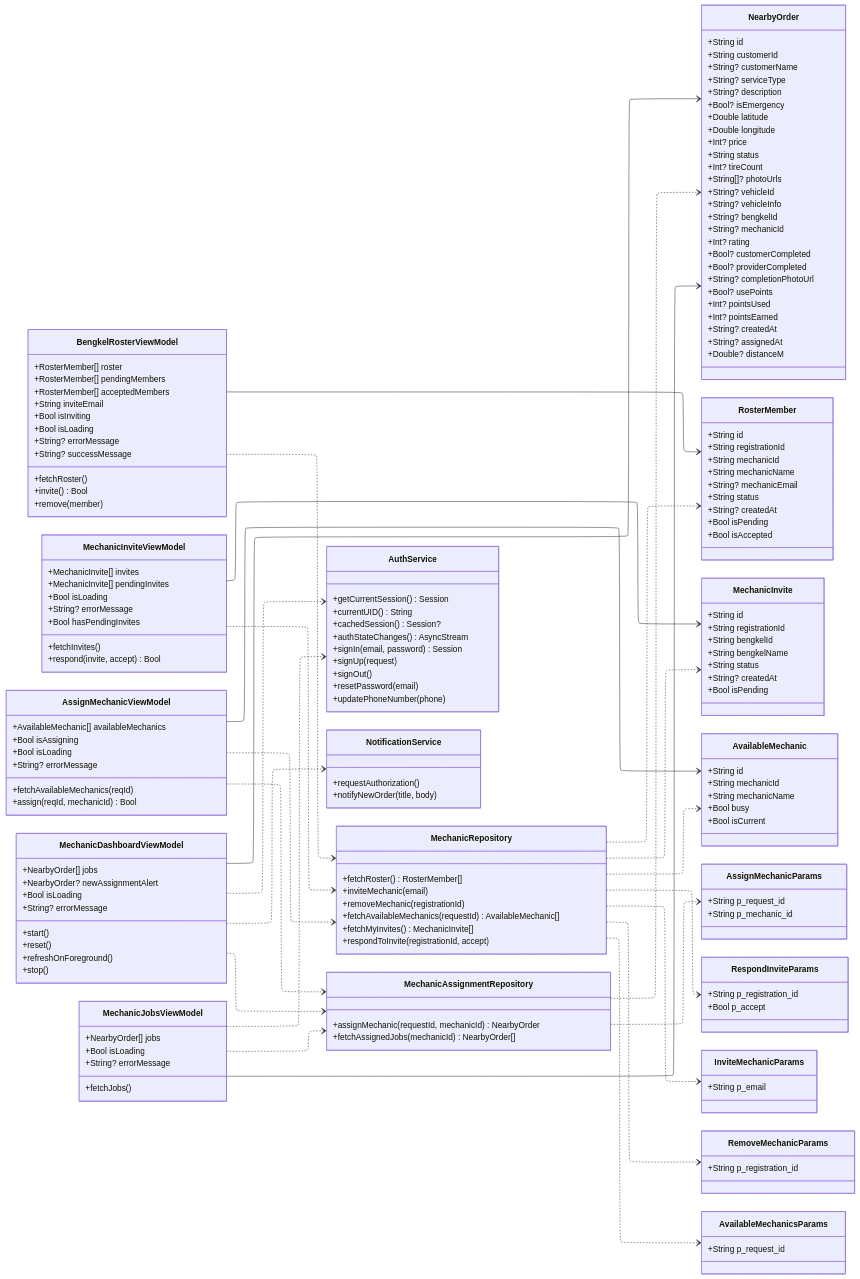
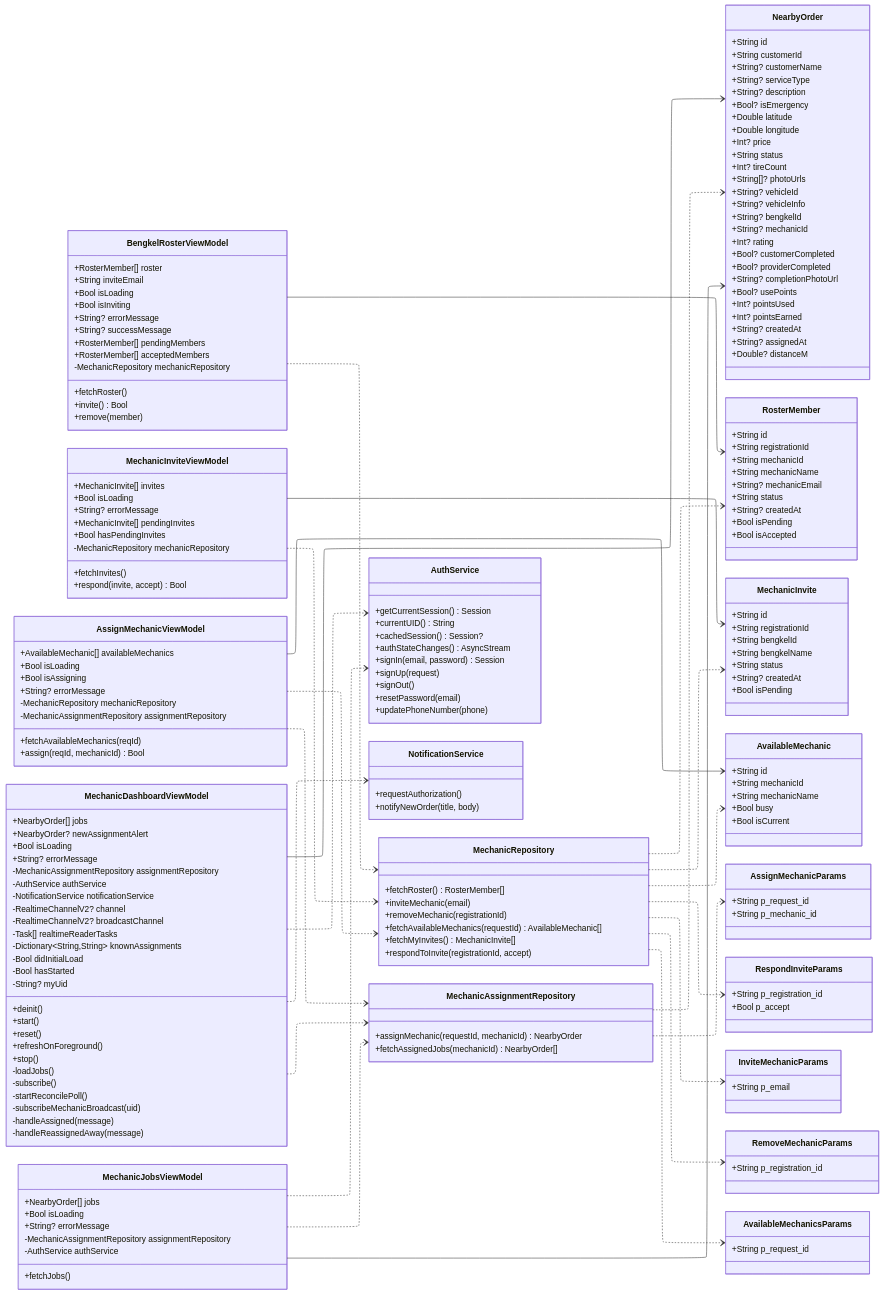
One commit to rei-soemanto/BengkelIn_SE changed the sixth of 12 diagrams in diagram/feature-class-diagrams.md. Above: the diagram before and after it, drawn with Mermaid. The commit also changed other lines of this file and 17 other files, not shown here.

Commit message:
more accurate class diagram

```diff
--- a/diagram/feature-class-diagrams.md
+++ b/diagram/feature-class-diagrams.md
@@ -932,31 +972,35 @@
     }
     class BengkelRosterViewModel {
         +RosterMember[] roster
+        +String inviteEmail
+        +Bool isLoading
+        +Bool isInviting
+        +String? errorMessage
+        +String? successMessage
         +RosterMember[] pendingMembers
         +RosterMember[] acceptedMembers
-        +String inviteEmail
-        +Bool isInviting
-        +Bool isLoading
-        +String? errorMessage
-        +String? successMessage
+        -MechanicRepository mechanicRepository
         +fetchRoster()
         +invite() Bool
         +remove(member)
     }
     class MechanicInviteViewModel {
         +MechanicInvite[] invites
-        +MechanicInvite[] pendingInvites
         +Bool isLoading
         +String? errorMessage
+        +MechanicInvite[] pendingInvites
         +Bool hasPendingInvites
+        -MechanicRepository mechanicRepository
         +fetchInvites()
         +respond(invite, accept) Bool
     }
     class AssignMechanicViewModel {
         +AvailableMechanic[] availableMechanics
+        +Bool isLoading
         +Bool isAssigning
-        +Bool isLoading
         +String? errorMessage
+        -MechanicRepository mechanicRepository
+        -MechanicAssignmentRepository assignmentRepository
         +fetchAvailableMechanics(reqId)
         +assign(reqId, mechanicId) Bool
     }
@@ -965,15 +1009,34 @@
         +NearbyOrder? newAssignmentAlert
         +Bool isLoading
         +String? errorMessage
+        -MechanicAssignmentRepository assignmentRepository
+        -AuthService authService
+        -NotificationService notificationService
+        -RealtimeChannelV2? channel
+        -RealtimeChannelV2? broadcastChannel
+        -Task[] realtimeReaderTasks
+        -Dictionary~String,String~ knownAssignments
+        -Bool didInitialLoad
+        -Bool hasStarted
+        -String? myUid
+        +deinit()
         +start()
         +reset()
         +refreshOnForeground()
         +stop()
+        -loadJobs()
+        -subscribe()
+        -startReconcilePoll()
+        -subscribeMechanicBroadcast(uid)
+        -handleAssigned(message)
+        -handleReassignedAway(message)
     }
     class MechanicJobsViewModel {
         +NearbyOrder[] jobs
         +Bool isLoading
         +String? errorMessage
+        -MechanicAssignmentRepository assignmentRepository
+        -AuthService authService
         +fetchJobs()
     }
     class RosterMember {
```
